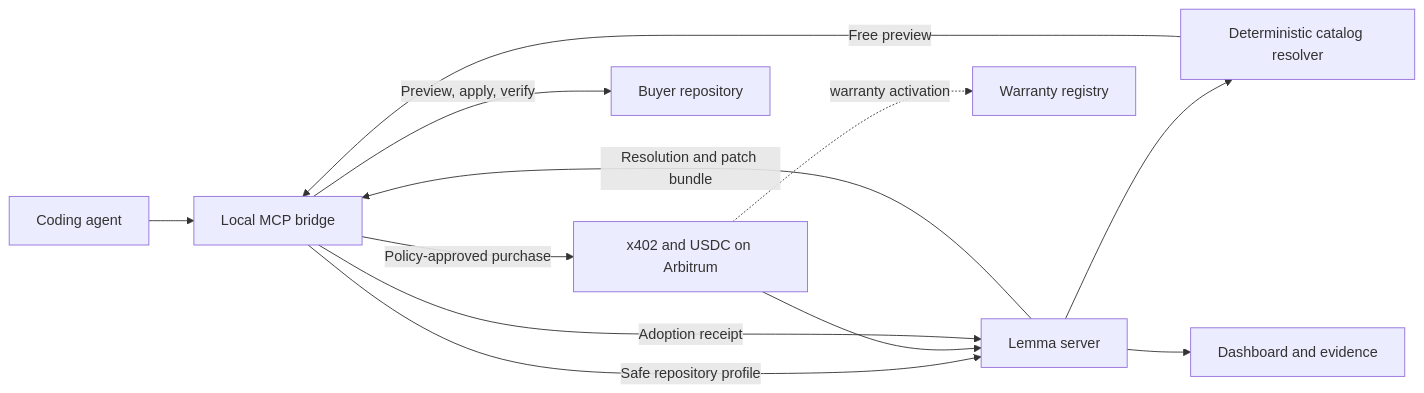
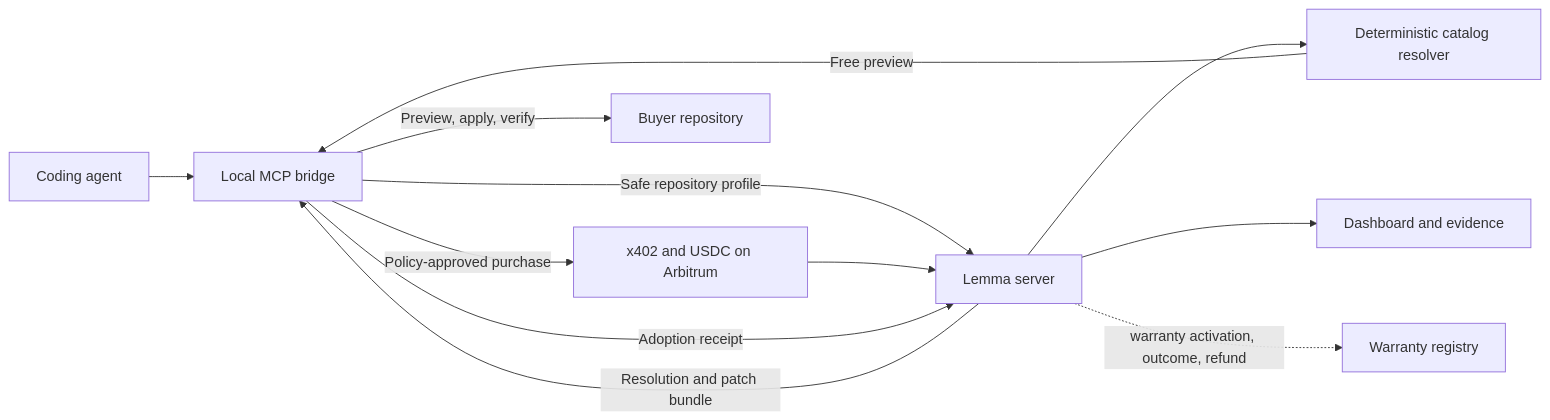
Before and after one commit to 4waan/Lemma: the diagram in README.md, drawn with Mermaid. The commit also changed other lines of this file and 17 other files, not shown here.

First line of the commit message:
docs: the warranty outcome pipeline in the guides, and the Sepolia runbook

````diff
--- a/README.md
+++ b/README.md
@@ -26,14 +26,14 @@
 ```mermaid
 flowchart LR
     A[Coding agent] --> B[Local MCP bridge]
     B -->|Safe repository profile| C[Lemma server]
     C --> D[Deterministic catalog resolver]
     D -->|Free preview| B
     B -->|Policy-approved purchase| E[x402 and USDC on Arbitrum]
     E --> C
     C -->|Resolution and patch bundle| B
     B -->|Preview, apply, verify| F[Buyer repository]
     B -->|Adoption receipt| C
     C --> G[Dashboard and evidence]
-    E -. warranty activation .-> H[Warranty registry]
+    C -. warranty activation, outcome, refund .-> H[Warranty registry]
 ```
````
